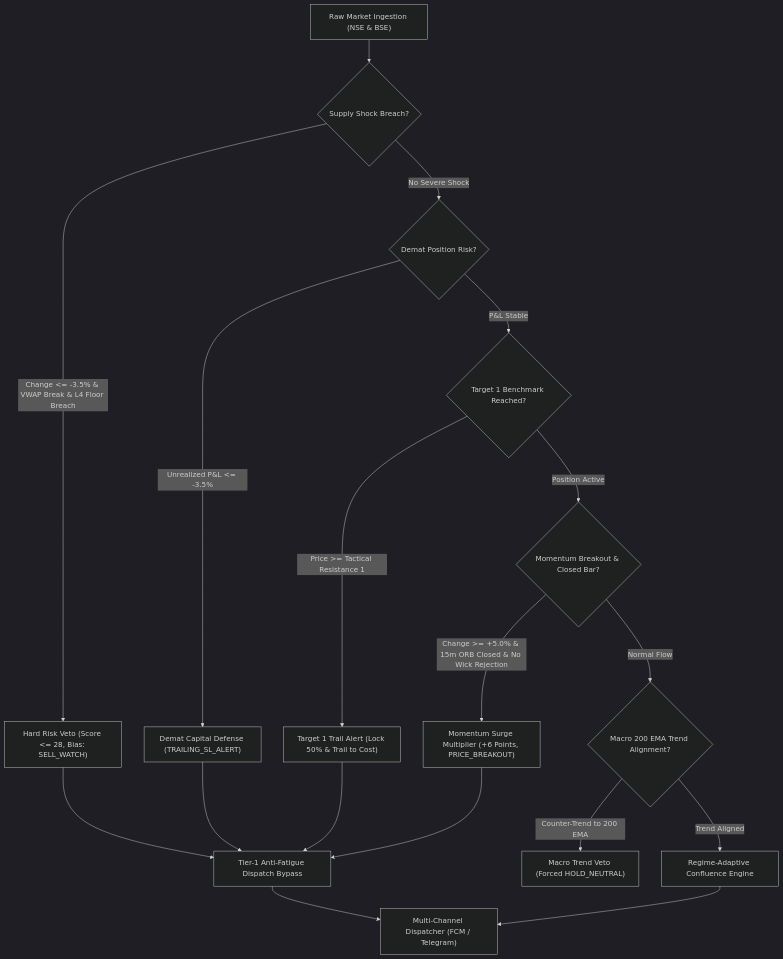
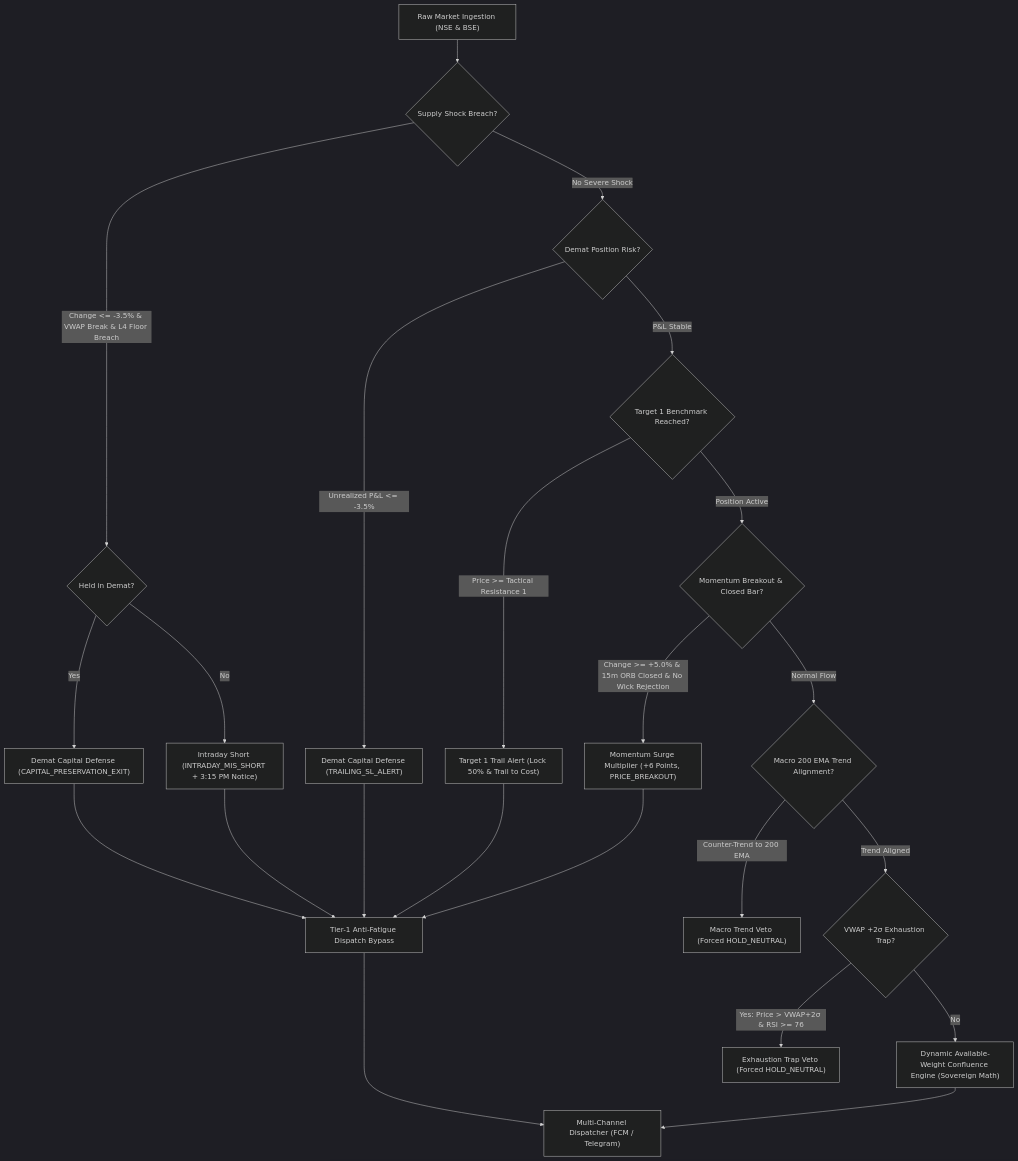
Before and after one commit to cvnbtech/stokvigil-ai: the second of 2 diagrams in architecture_blueprint.md, drawn with Mermaid (dark theme). The commit also changed other lines of this file and 19 other files, not shown here.

Commit message:
feat(engine,hud): sovereign real-time confluence, crash breakdown defense, and HUD polish

````diff
--- a/architecture_blueprint.md
+++ b/architecture_blueprint.md
@@ -202,20 +202,25 @@
 ```mermaid
 graph TD
     A["Raw Market Ingestion (NSE & BSE)"] --> B{"Supply Shock Breach?"}
-    B -- "Change <= -3.5% & VWAP Break & L4 Floor Breach" --> C["Hard Risk Veto (Score <= 28, Bias: SELL_WATCH)"]
+    B -- "Change <= -3.5% & VWAP Break & L4 Floor Breach" --> C{"Held in Demat?"}
+    C -- "Yes" --> C1["Demat Capital Defense (CAPITAL_PRESERVATION_EXIT)"]
+    C -- "No" --> C2["Intraday Short (INTRADAY_MIS_SHORT + 3:15 PM Notice)"]
     B -- "No Severe Shock" --> D{"Demat Position Risk?"}
     D -- "Unrealized P&L <= -3.5%" --> E["Demat Capital Defense (TRAILING_SL_ALERT)"]
     D -- "P&L Stable" --> F{"Target 1 Benchmark Reached?"}
     F -- "Price >= Tactical Resistance 1" --> G["Target 1 Trail Alert (Lock 50% & Trail to Cost)"]
     F -- "Position Active" --> H{"Momentum Breakout & Closed Bar?"}
     H -- "Change >= +5.0% & 15m ORB Closed & No Wick Rejection" --> I["Momentum Surge Multiplier (+6 Points, PRICE_BREAKOUT)"]
     H -- "Normal Flow" --> J{"Macro 200 EMA Trend Alignment?"}
     J -- "Counter-Trend to 200 EMA" --> K["Macro Trend Veto (Forced HOLD_NEUTRAL)"]
-    J -- "Trend Aligned" --> L["Regime-Adaptive Confluence Engine"]
-    C --> M["Tier-1 Anti-Fatigue Dispatch Bypass"]
+    J -- "Trend Aligned" --> J1{"VWAP +2σ Exhaustion Trap?"}
+    J1 -- "Yes: Price > VWAP+2σ & RSI >= 76" --> J2["Exhaustion Trap Veto (Forced HOLD_NEUTRAL)"]
+    J1 -- "No" --> L["Dynamic Available-Weight Confluence Engine (Sovereign Math)"]
+    C1 --> M["Tier-1 Anti-Fatigue Dispatch Bypass"]
+    C2 --> M
     E --> M
     G --> M
     I --> M
     L --> N["Multi-Channel Dispatcher (FCM / Telegram)"]
     M --> N
 ```
````
